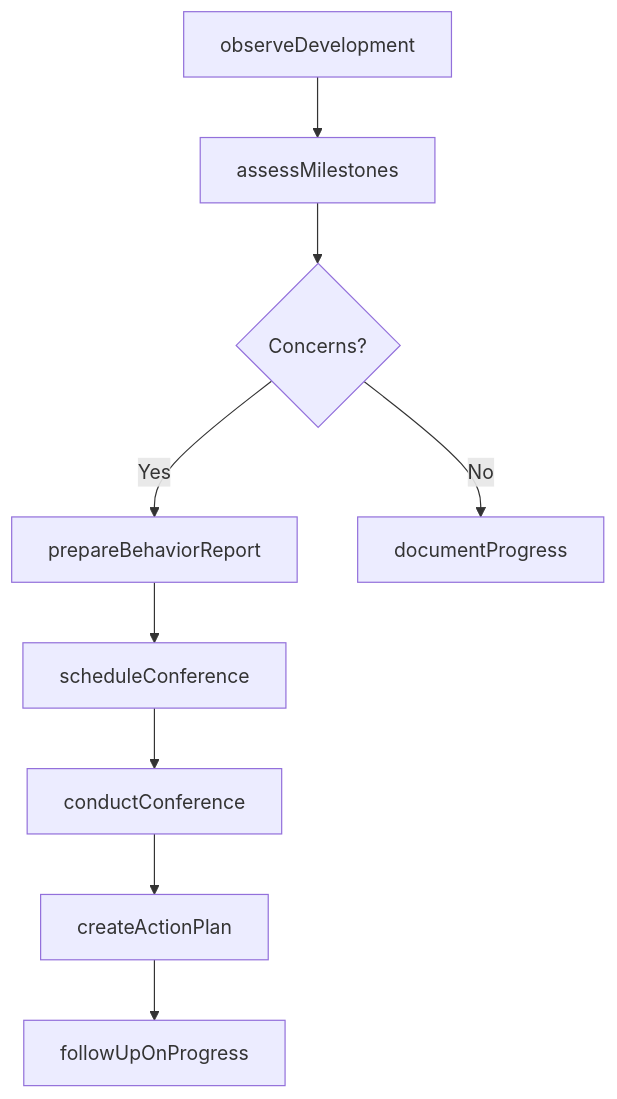
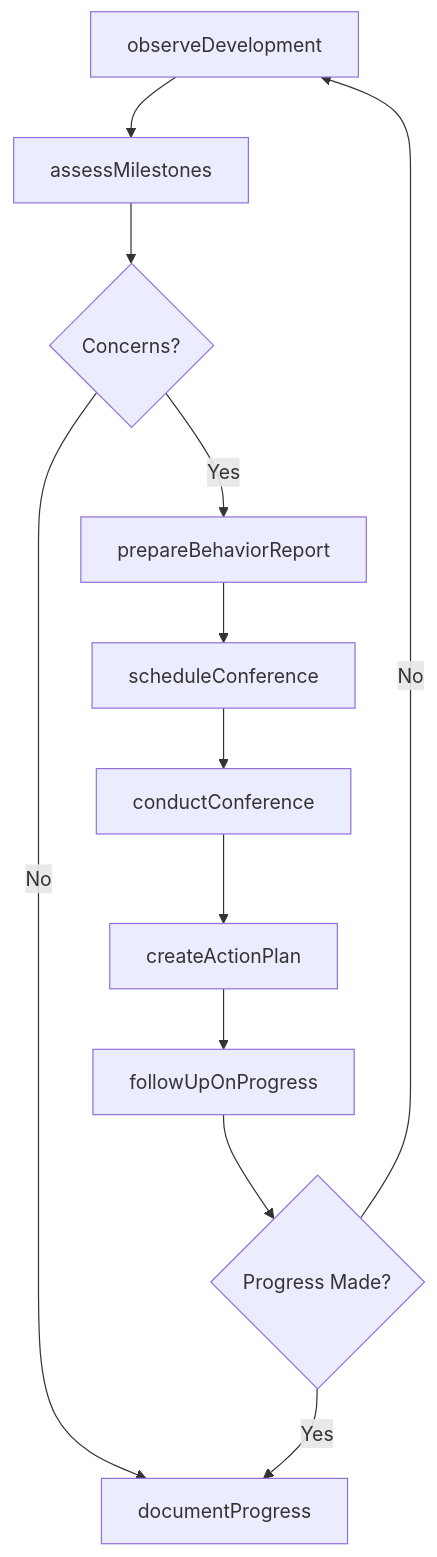
Before and after one commit to dot-org-ai/tasks.org.ai: the third of 4 diagrams in ProvidingConsultationAndAdviceToOthers/AdviseOthersOnEducationalOrVocationalMatters/DiscussChildDevelopmentBehaviorParents.mdx, drawn with Mermaid. The commit also changed other lines of this file and 307 other files, not shown here.

First line of the commit message:
feat: Add ER diagrams and state diagrams to remaining 308 DWA task files (wave 3 complete)

````diff
--- a/ProvidingConsultationAndAdviceToOthers/AdviseOthersOnEducationalOrVocationalMatters/DiscussChildDevelopmentBehaviorParents.mdx
+++ b/ProvidingConsultationAndAdviceToOthers/AdviseOthersOnEducationalOrVocationalMatters/DiscussChildDevelopmentBehaviorParents.mdx
@@ -85,11 +113,14 @@
 ```mermaid
 graph TD
     A[observeDevelopment] --> B[assessMilestones]
     B --> C{Concerns?}
     C -->|Yes| D[prepareBehaviorReport]
     C -->|No| E[documentProgress]
     D --> F[scheduleConference]
     F --> G[conductConference]
     G --> H[createActionPlan]
     H --> I[followUpOnProgress]
+    I --> J{Progress Made?}
+    J -->|No| A
+    J -->|Yes| E
 ```
````
